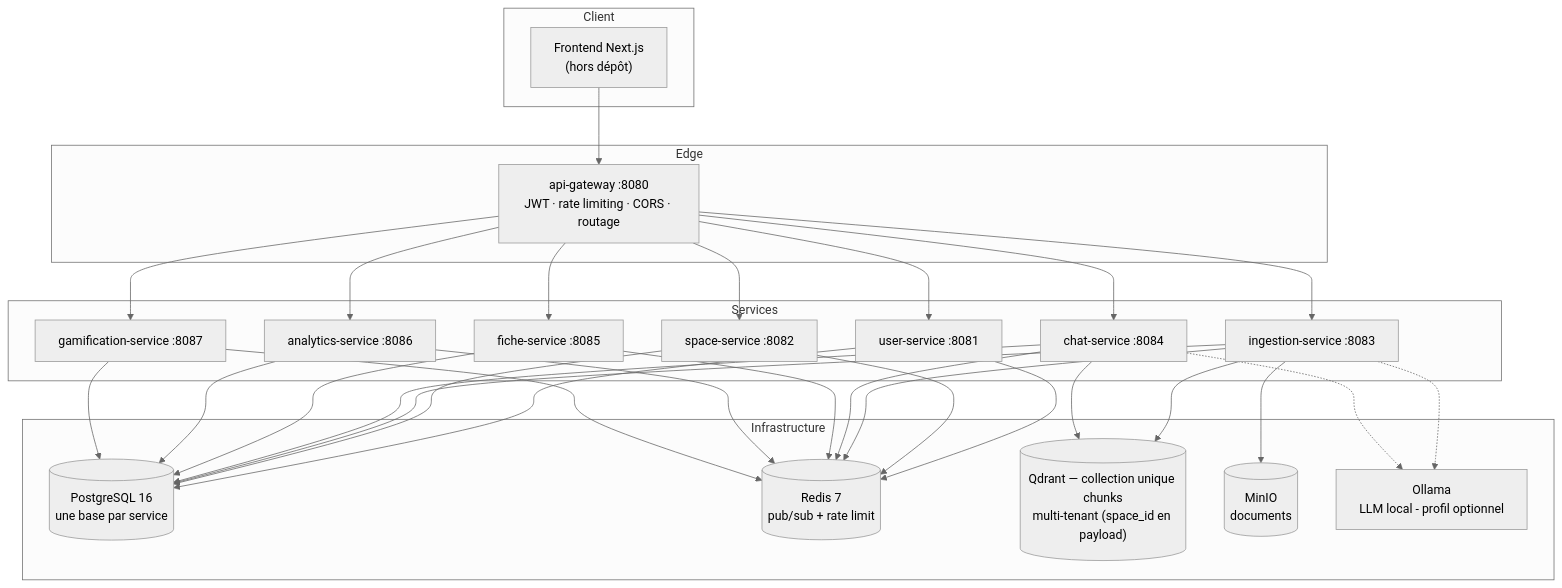
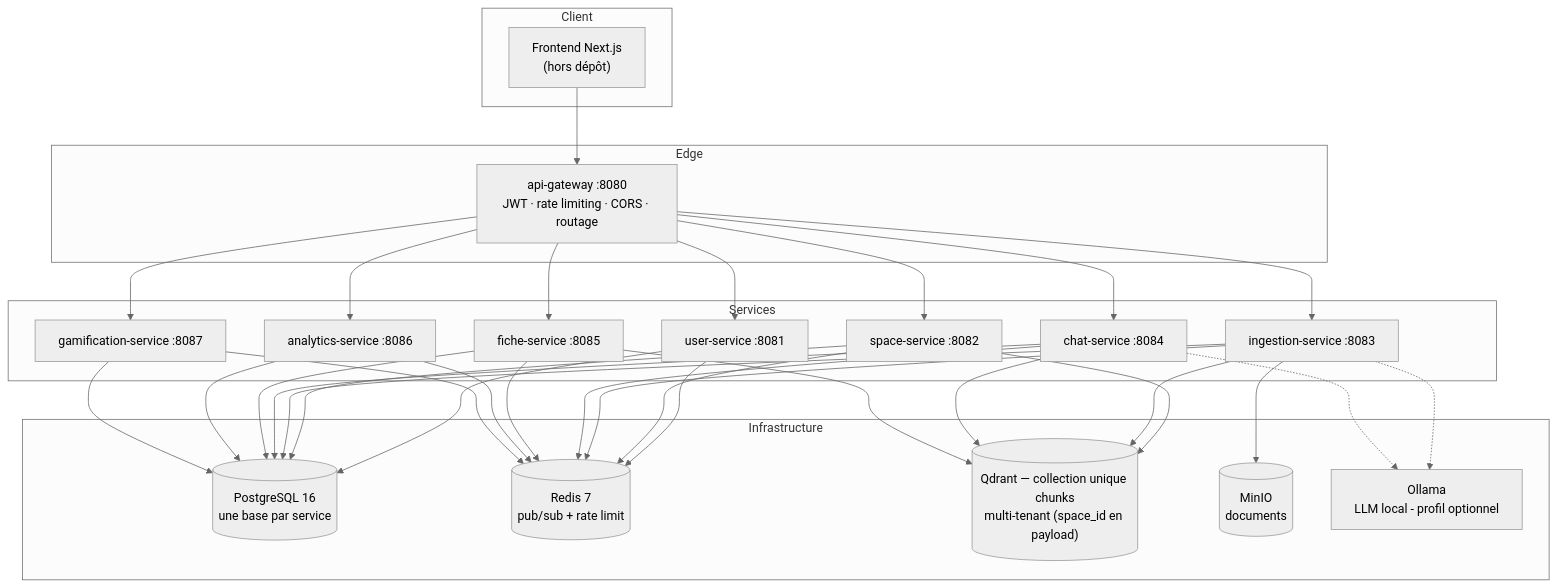
The diagram in README.md (MixMaster2005/TsimokaAI), drawn with Mermaid (neutral theme) before and after one commit. The commit also changed other lines of this file and 34 other files, not shown here.

````diff
--- a/README.md
+++ b/README.md
@@ -60,36 +61,36 @@
 ```mermaid
 flowchart TB
     subgraph Client
         FE["Frontend Next.js<br/>(hors dépôt)"]
     end
     subgraph Edge
         GW[api-gateway :8080<br/>JWT · rate limiting · CORS · routage]
     end
     subgraph Services
         US[user-service :8081]
         SS[space-service :8082]
         IS[ingestion-service :8083]
         CS[chat-service :8084]
         FS[fiche-service :8085]
         AS[analytics-service :8086]
         GS[gamification-service :8087]
     end
     subgraph Infrastructure
         PG[(PostgreSQL 16<br/>une base par service)]
         RD[(Redis 7<br/>pub/sub + rate limit)]
         QD[("Qdrant — collection unique chunks<br/>multi-tenant (space_id en payload)")]
         MO[(MinIO<br/>documents)]
         OL[Ollama<br/>LLM local - profil optionnel]
     end
     FE --> GW
     GW --> US & SS & IS & CS & FS & AS & GS
     US --> PG & RD
-    SS --> PG & RD
+    SS --> PG & RD & QD
     IS --> PG & RD & QD & MO
     CS --> PG & RD & QD
-    FS --> PG & RD
+    FS --> PG & RD & QD
     AS --> PG & RD
     GS --> PG & RD
     IS -.-> OL
     CS -.-> OL
 ```
````
